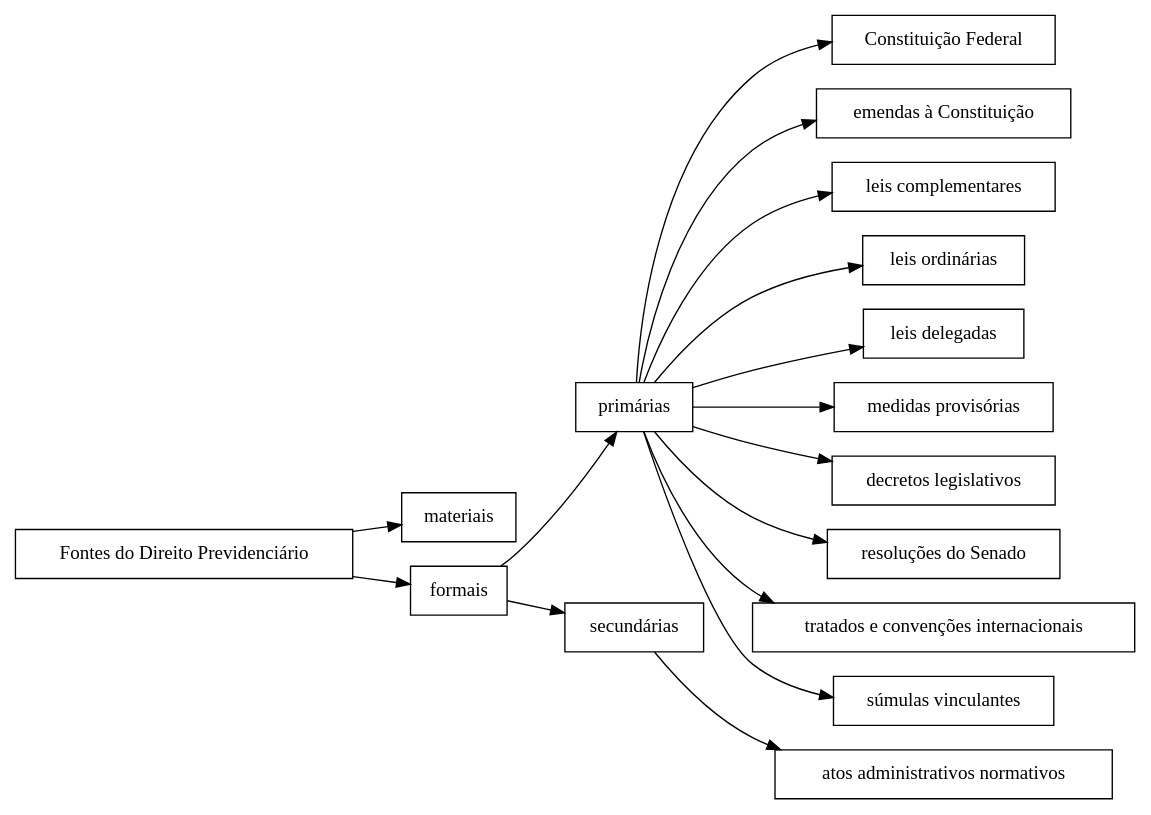
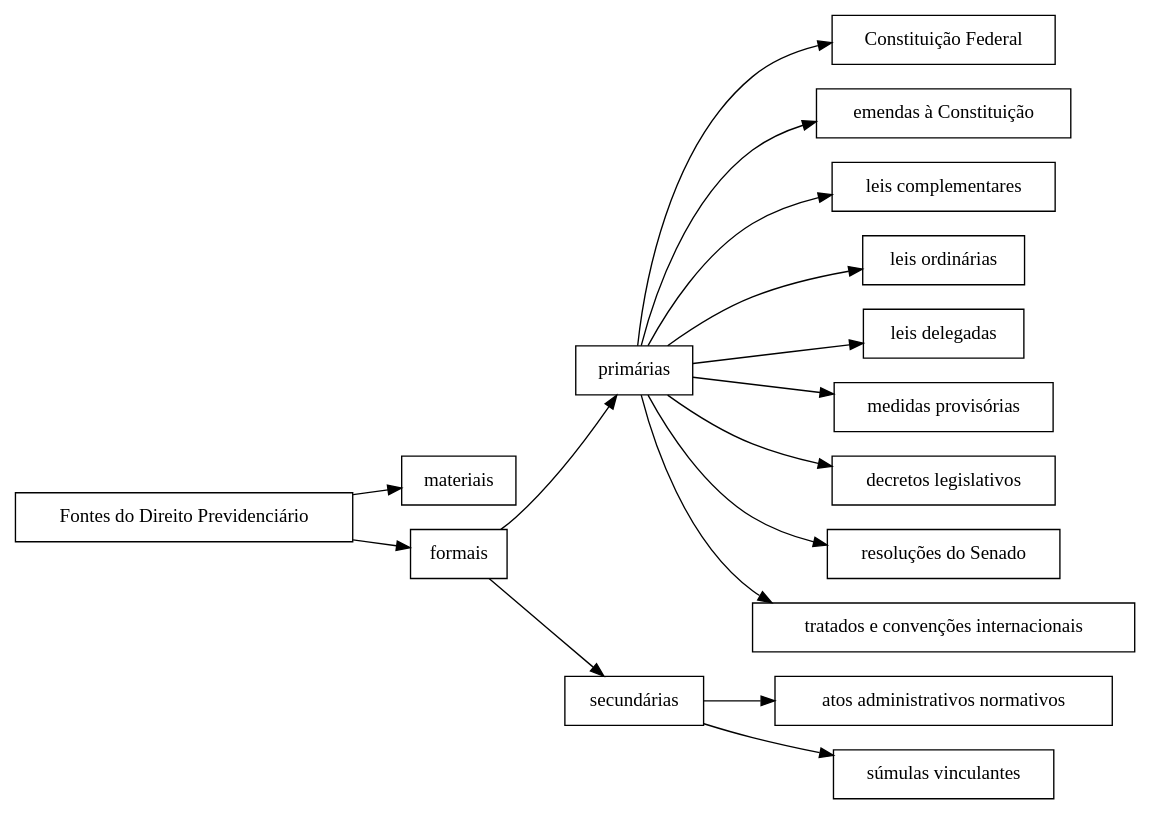
One commit to jusmendonca/previ_blog changed the diagram in posts/2-Fontes/fontes.qmd. Above: the diagram before and after it, drawn with Graphviz. The commit also changed other lines of this file and 66 other files, not shown here.

````diff
--- a/posts/2-Fontes/fontes.qmd
+++ b/posts/2-Fontes/fontes.qmd
@@ -65,22 +64,22 @@
 ```{dot}
 digraph G {
 rankdir=LR;
   node [shape=box];
   
   "Fontes do Direito Previdenciário" -> "materiais";
   "Fontes do Direito Previdenciário" -> "formais";
   "formais" -> "primárias"
   "formais" -> "secundárias"
   "primárias" -> "Constituição Federal";
   "primárias" -> "emendas à Constituição";
   "primárias" -> "leis complementares";
   "primárias" -> "leis ordinárias";
   "primárias" -> "leis delegadas";
   "primárias" -> "medidas provisórias";
   "primárias" -> "decretos legislativos";
   "primárias" -> "resoluções do Senado";
   "primárias" -> "tratados e convenções internacionais";
-  "primárias" -> "súmulas vinculantes";
   "secundárias" -> "atos administrativos normativos";
+  "secundárias" -> "súmulas vinculantes";
 }
 ```
````
